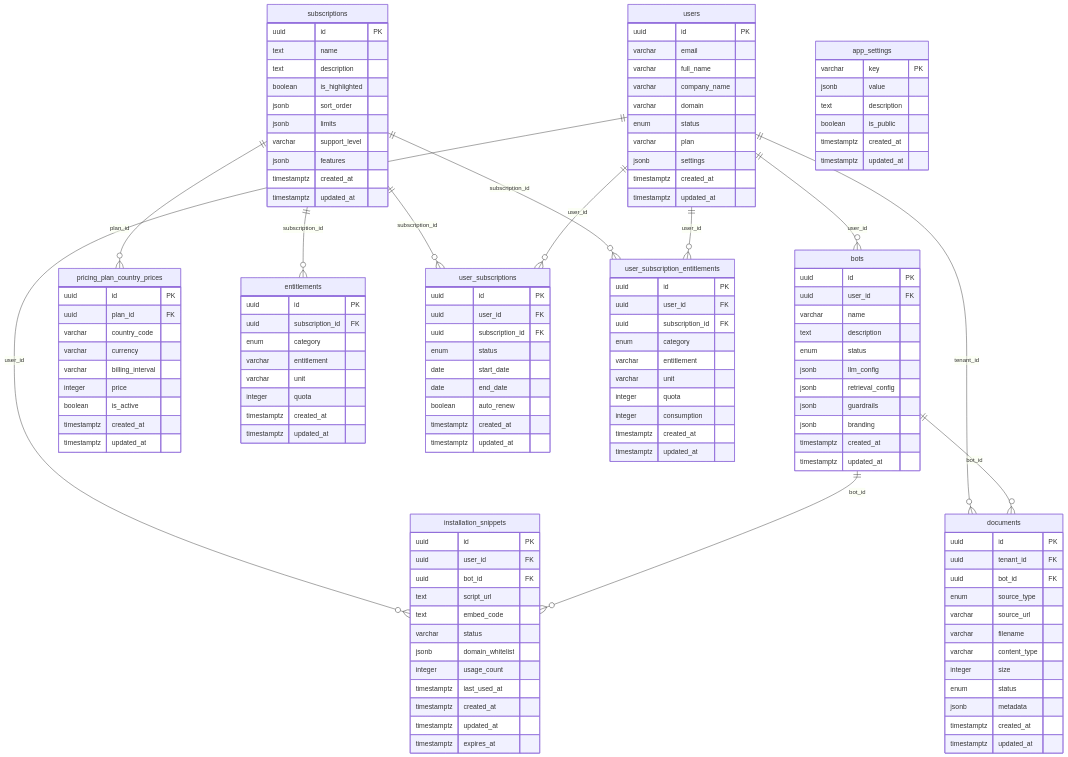
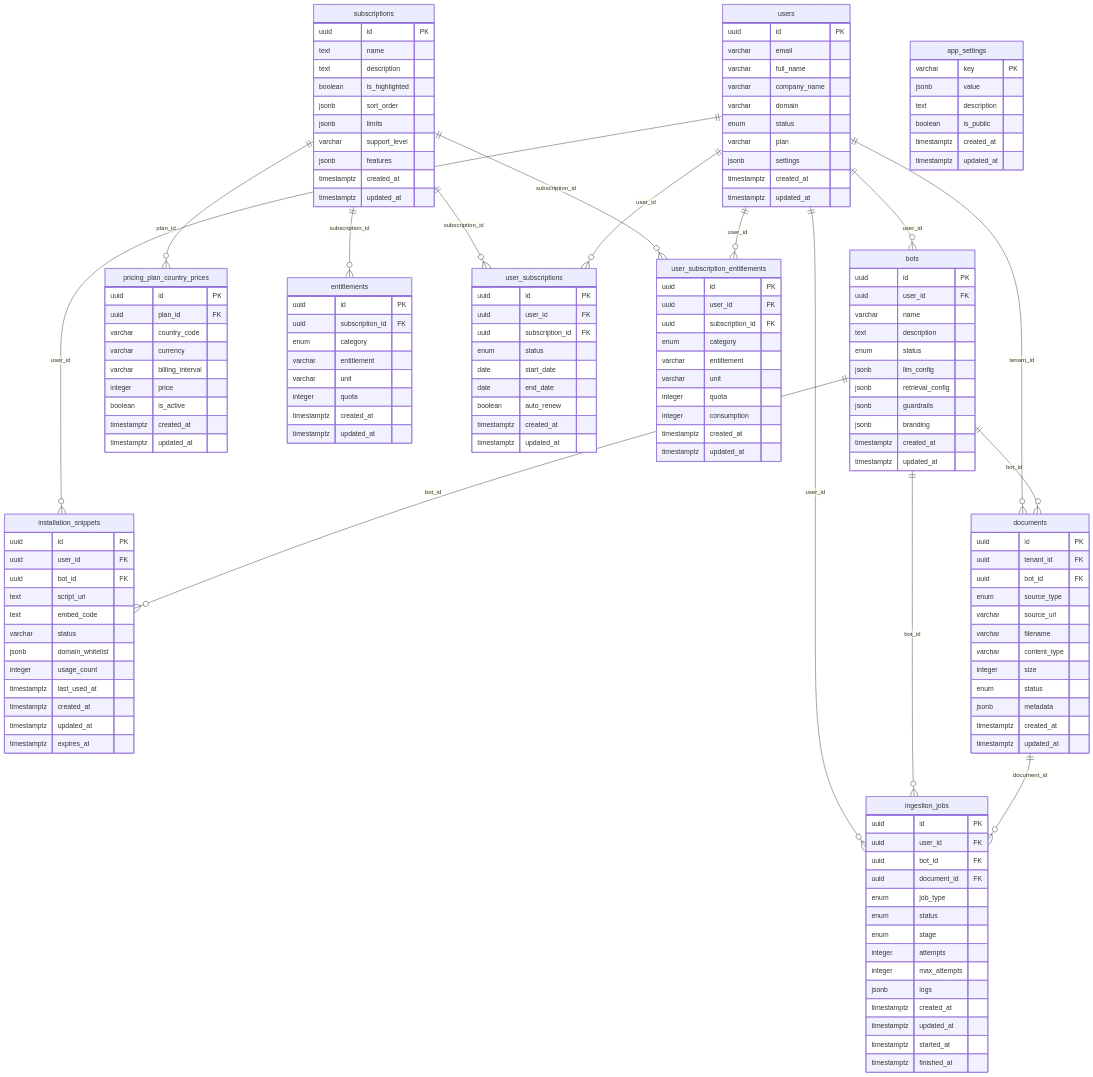
Before and after one commit to Jathin04Jan/Multi-Tenant-SaaS-Chatbot-Platform: the diagram in backend/docs/SCHEMA_DIAGRAM.md, drawn with Mermaid. The commit also changed other lines of this file and 10 other files, not shown here.

Commit message:
ingestion_job table added

```diff
--- a/backend/docs/SCHEMA_DIAGRAM.md
+++ b/backend/docs/SCHEMA_DIAGRAM.md
@@ -20,6 +20,10 @@
     
     users ||--o{ user_subscriptions : user_id
     users ||--o{ user_subscription_entitlements : user_id
+    users ||--o{ ingestion_jobs : user_id
+
+    bots ||--o{ ingestion_jobs : bot_id
+    documents ||--o{ ingestion_jobs : document_id
 
     users {
         uuid id PK
@@ -139,6 +143,23 @@
         timestamptz updated_at
     }
 
+    ingestion_jobs {
+        uuid id PK
+        uuid user_id FK
+        uuid bot_id FK
+        uuid document_id FK
+        enum job_type
+        enum status
+        enum stage
+        integer attempts
+        integer max_attempts
+        jsonb logs
+        timestamptz created_at
+        timestamptz updated_at
+        timestamptz started_at
+        timestamptz finished_at
+    }
+
     app_settings {
         varchar key PK
         jsonb value
```
